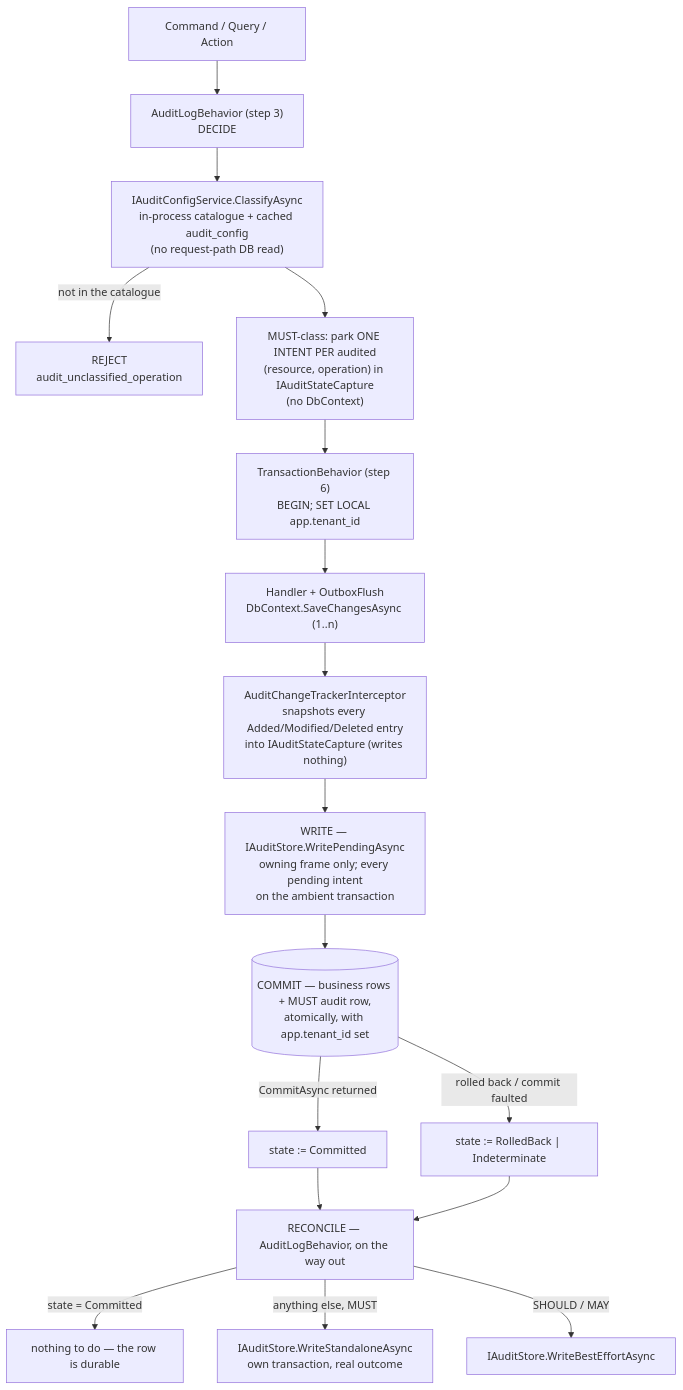
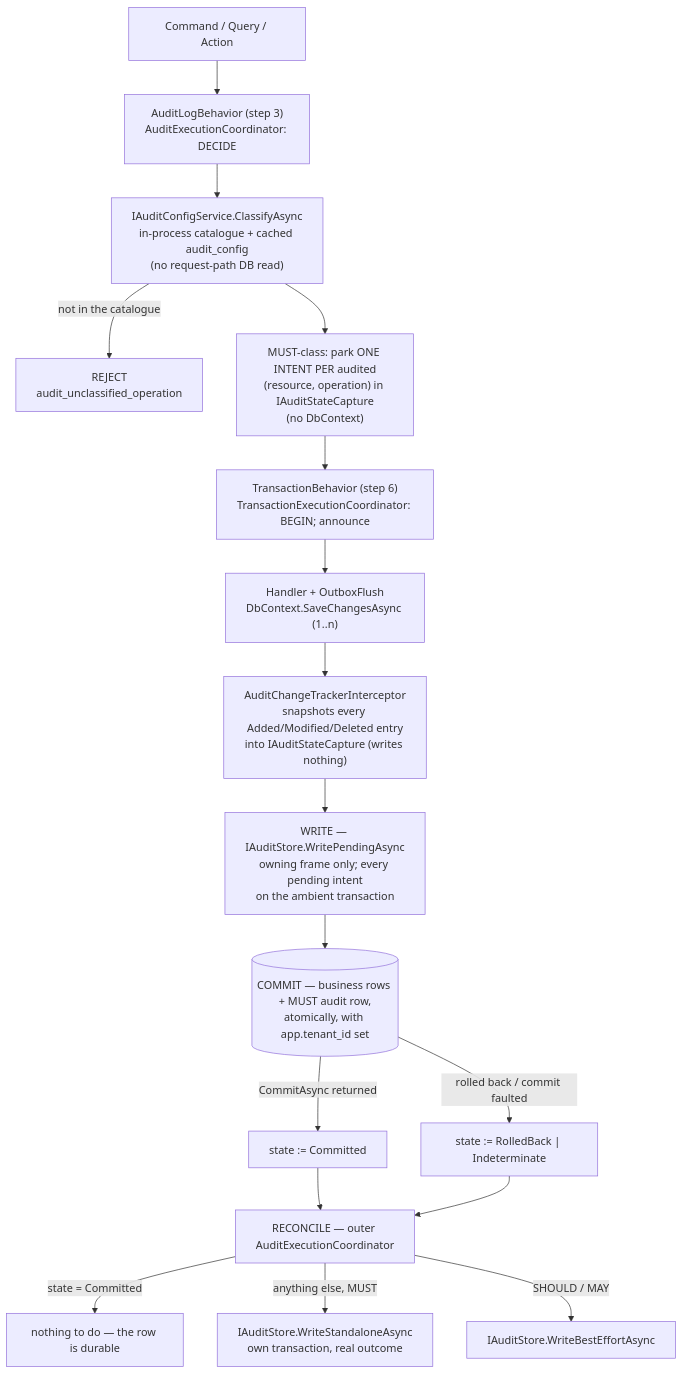
Before and after one commit to HodeTech/LearnStack: the diagram in docs/architecture/31-audit-subsystem.md, drawn with Mermaid. The commit also changed other lines of this file and 89 other files, not shown here.

````diff
--- a/docs/architecture/31-audit-subsystem.md
+++ b/docs/architecture/31-audit-subsystem.md
@@ -80,19 +82,19 @@
 ```mermaid
 flowchart TB
-    Cmd["Command / Query / Action"] --> Behavior["AuditLogBehavior (step 3)<br/>DECIDE"]
+    Cmd["Command / Query / Action"] --> Behavior["AuditLogBehavior (step 3)<br/>AuditExecutionCoordinator: DECIDE"]
     Behavior --> Config["IAuditConfigService.ClassifyAsync<br/>in-process catalogue + cached audit_config<br/>(no request-path DB read)"]
     Config -->|"not in the catalogue"| Closed["REJECT<br/>audit_unclassified_operation"]
     Config --> Intent["MUST-class: park ONE INTENT PER audited<br/>(resource, operation) in IAuditStateCapture<br/>(no DbContext)"]
-    Intent --> Tx["TransactionBehavior (step 6)<br/>BEGIN; SET LOCAL app.tenant_id"]
+    Intent --> Tx["TransactionBehavior (step 6)<br/>TransactionExecutionCoordinator: BEGIN; announce"]
     Tx --> Handler["Handler + OutboxFlush<br/>DbContext.SaveChangesAsync (1..n)"]
     Handler --> Capture["AuditChangeTrackerInterceptor<br/>snapshots every Added/Modified/Deleted entry<br/>into IAuditStateCapture (writes nothing)"]
     Capture --> Write["WRITE — IAuditStore.WritePendingAsync<br/>owning frame only; every pending intent<br/>on the ambient transaction"]
     Write --> Commit[("COMMIT — business rows + MUST audit row,<br/>atomically, with app.tenant_id set")]
     Commit -->|"CommitAsync returned"| Ok["state := Committed"]
     Commit -->|"rolled back / commit faulted"| NotOk["state := RolledBack | Indeterminate"]
-    Ok --> Recon["RECONCILE — AuditLogBehavior, on the way out"]
+    Ok --> Recon["RECONCILE — outer AuditExecutionCoordinator"]
     NotOk --> Recon
     Recon -->|"state = Committed"| Done["nothing to do — the row is durable"]
     Recon -->|"anything else, MUST"| Standalone["IAuditStore.WriteStandaloneAsync<br/>own transaction, real outcome"]
     Recon -->|"SHOULD / MAY"| Best["IAuditStore.WriteBestEffortAsync"]
 ```
````
